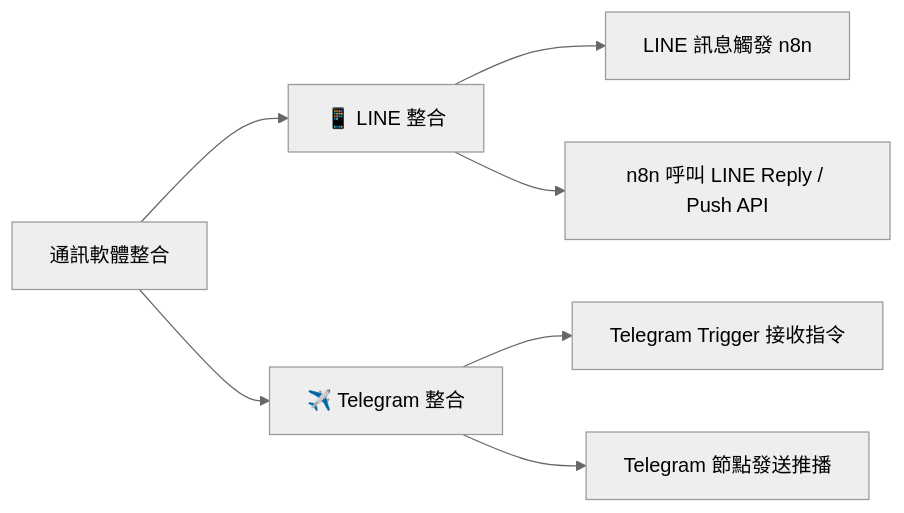
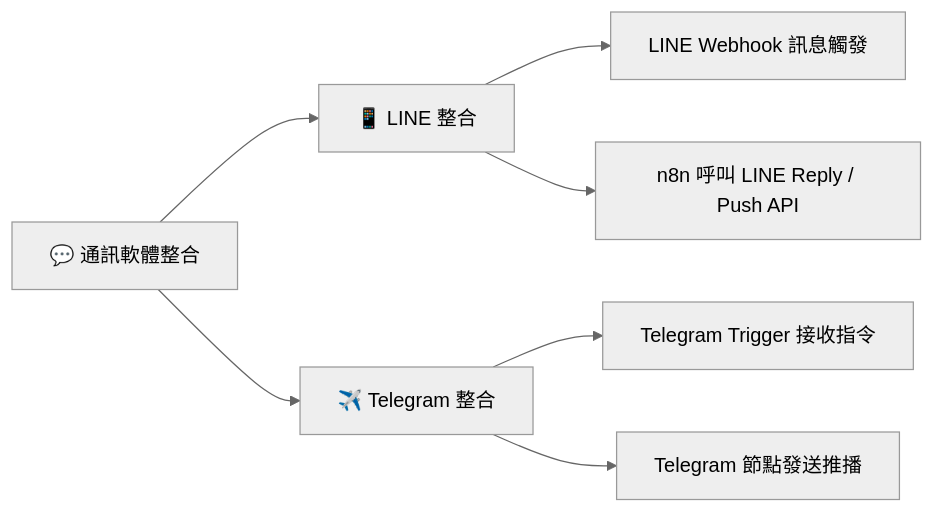
One commit to roberthsu2003/n8n changed the diagram in 通訊軟體整合/README.md. Above: the diagram before and after it, drawn with Mermaid (neutral theme). The commit also changed other lines of this file, not shown here.

````diff
--- a/通訊軟體整合/README.md
+++ b/通訊軟體整合/README.md
@@ -13,11 +15,11 @@
 ```mermaid
-graph LR
-    A["通訊軟體整合"] --> B["📱 LINE 整合"]
+flowchart LR
+    A["💬 通訊軟體整合"] --> B["📱 LINE 整合"]
     A --> C["✈️ Telegram 整合"]
     
-    B --> B1["LINE 訊息觸發 n8n"]
+    B --> B1["LINE Webhook 訊息觸發"]
     B --> B2["n8n 呼叫 LINE Reply / Push API"]
     
     C --> C1["Telegram Trigger 接收指令"]
     C --> C2["Telegram 節點發送推播"]
 ```
````
